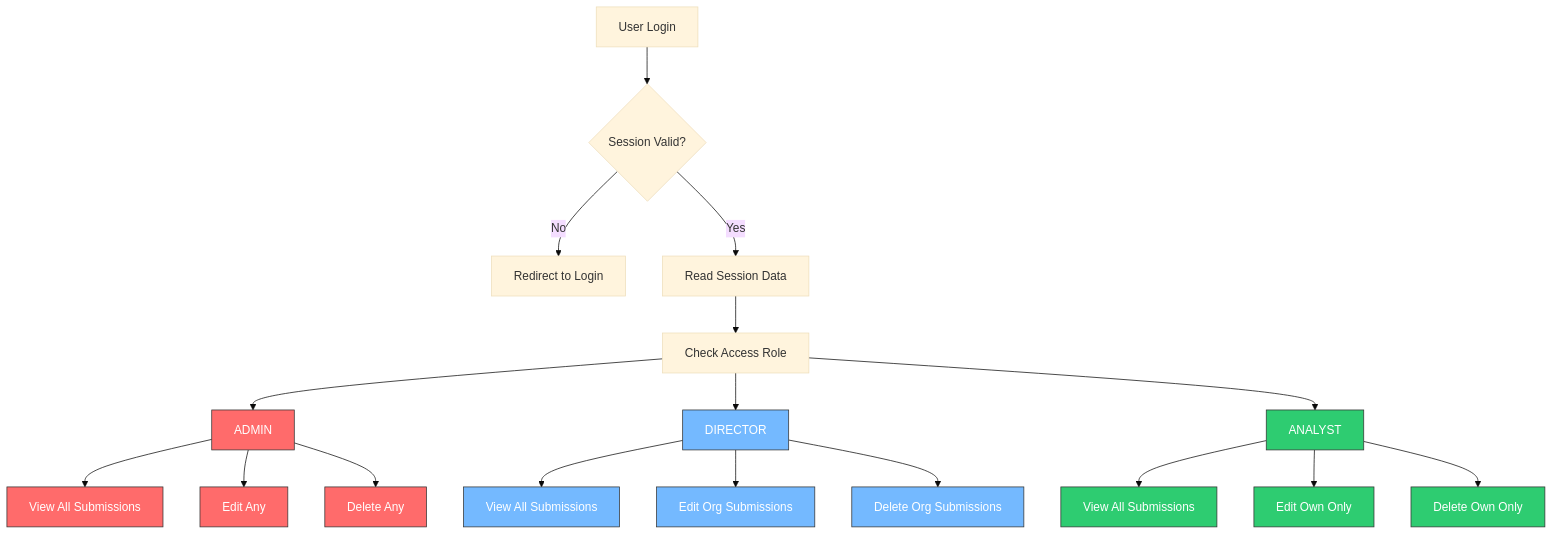
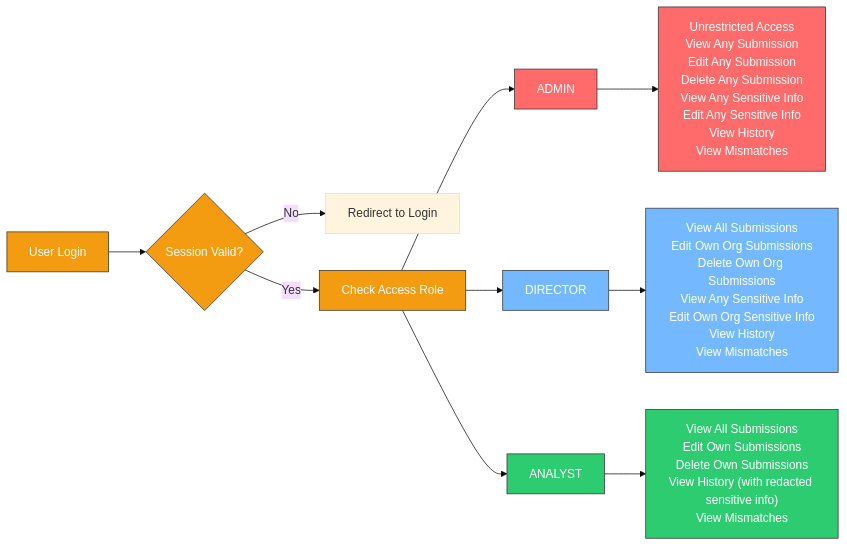
Before and after one commit to MichaelFrangione/tiered-auth-app-and-risk-portal: the first of 2 diagrams in submission-app-tech-spec.md, drawn with Mermaid (base theme). The commit also changed other lines of this file and 10 other files, not shown here.

Commit message:
added sensitive_info field, updated tech spec with additional auth considerations

````diff
--- a/submission-app-tech-spec.md
+++ b/submission-app-tech-spec.md
@@ -3,31 +3,24 @@
 ```mermaid
-graph TD
+graph LR
     A[User Login] --> B{Session Valid?}
     B -->|No| C[Redirect to Login]
-    B -->|Yes| D[Read Session Data]
-    D --> E[Check Access Role]
+    B -->|Yes| E[Check Access Role]
     
     E --> F[ADMIN]
     E --> G[DIRECTOR]
     E --> H[ANALYST]
     
-    F --> F1[View All Submissions]
-    F --> F2[Edit Any]
-    F --> F3[Delete Any]
-    
-    G --> G1[View All Submissions]
-    G --> G2[Edit Org Submissions]
-    G --> G3[Delete Org Submissions]
-    
-    H --> H1[View All Submissions]
-    H --> H2[Edit Own Only]
-    H --> H3[Delete Own Only]
+    F --> F1["Unrestricted Access<br/>View Any Submission<br/>Edit Any Submission<br/>Delete Any Submission<br/>View Any Sensitive Info<br/>Edit Any Sensitive Info<br/>View History<br/>View Mismatches"]
+    G --> G1["View All Submissions<br/>Edit Own Org Submissions<br/>Delete Own Org Submissions<br/>View Any Sensitive Info<br/>Edit Own Org Sensitive Info<br/>View History<br/>View Mismatches"]
+    H --> H1["View All Submissions<br/>Edit Own Submissions<br/>Delete Own Submissions<br/>View History (with redacted sensitive info)<br/>View Mismatches"]
     
     classDef admin fill:#ff6b6b,stroke:#333,color:#fff
     classDef director fill:#74b9ff,stroke:#333,color:#fff
     classDef analyst fill:#2ecc71,stroke:#333,color:#fff
+    classDef start fill:#f39c12,stroke:#333,color:#fff
     
-    class F,F1,F2,F3 admin
-    class G,G1,G2,G3 director
-    class H,H1,H2,H3 analyst
+    class F,F1 admin
+    class G,G1 director
+    class H,H1 analyst
+    class A,B,E start
 ```
````
